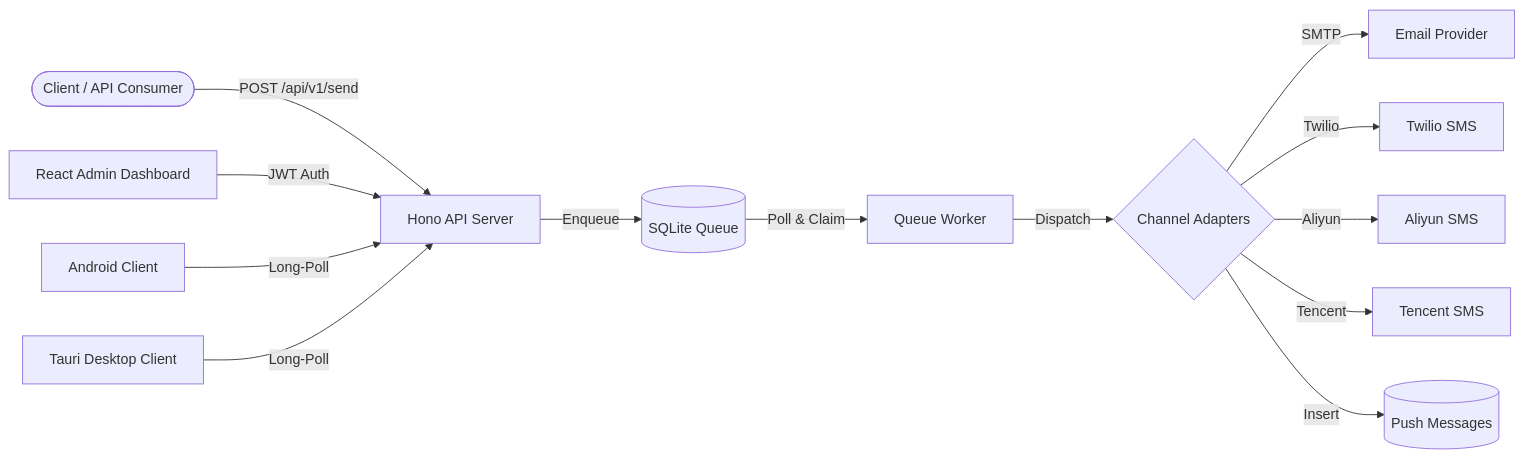
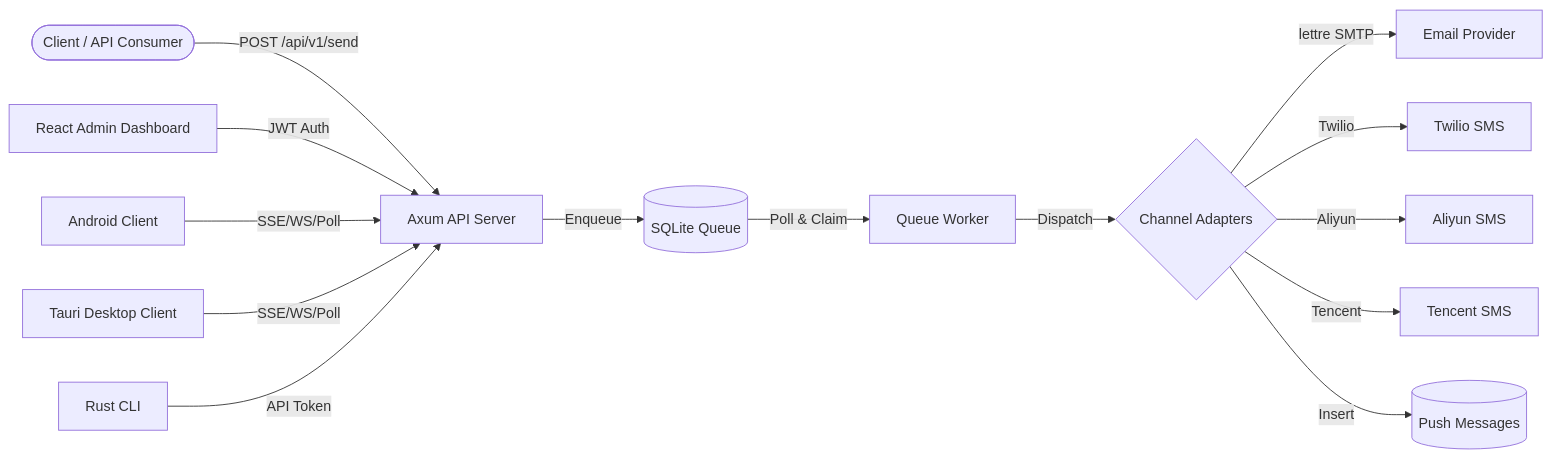
The diagram in docs/docs/intro.md (XUranus/notify-hub), drawn with Mermaid before and after one commit. The commit also changed other lines of this file and 6 other files, not shown here.

First line of the commit message:
docs: update README and docs for Rust server migration

````diff
--- a/docs/docs/intro.md
+++ b/docs/docs/intro.md
@@ -26,16 +26,17 @@
 ```mermaid
 flowchart LR
-    Client([Client / API Consumer]) -->|POST /api/v1/send| API[Hono API Server]
+    Client([Client / API Consumer]) -->|POST /api/v1/send| API[Axum API Server]
     API -->|Enqueue| Queue[(SQLite Queue)]
     Queue -->|Poll & Claim| Worker[Queue Worker]
     Worker -->|Dispatch| Adapters{Channel Adapters}
-    Adapters -->|SMTP| Email[Email Provider]
+    Adapters -->|lettre SMTP| Email[Email Provider]
     Adapters -->|Twilio| SMS1[Twilio SMS]
     Adapters -->|Aliyun| SMS2[Aliyun SMS]
     Adapters -->|Tencent| SMS3[Tencent SMS]
     Adapters -->|Insert| PushDB[(Push Messages)]
 
     WebUI[React Admin Dashboard] -->|JWT Auth| API
-    Android[Android Client] -->|Long-Poll| API
-    Tauri[Tauri Desktop Client] -->|Long-Poll| API
+    Android[Android Client] -->|SSE/WS/Poll| API
+    Tauri[Tauri Desktop Client] -->|SSE/WS/Poll| API
+    CLI[Rust CLI] -->|API Token| API
 ```
````
